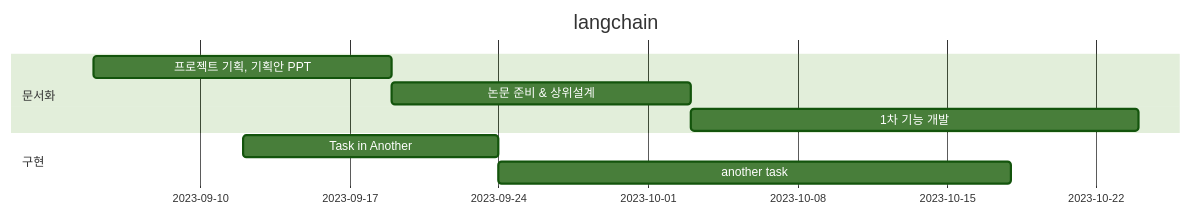
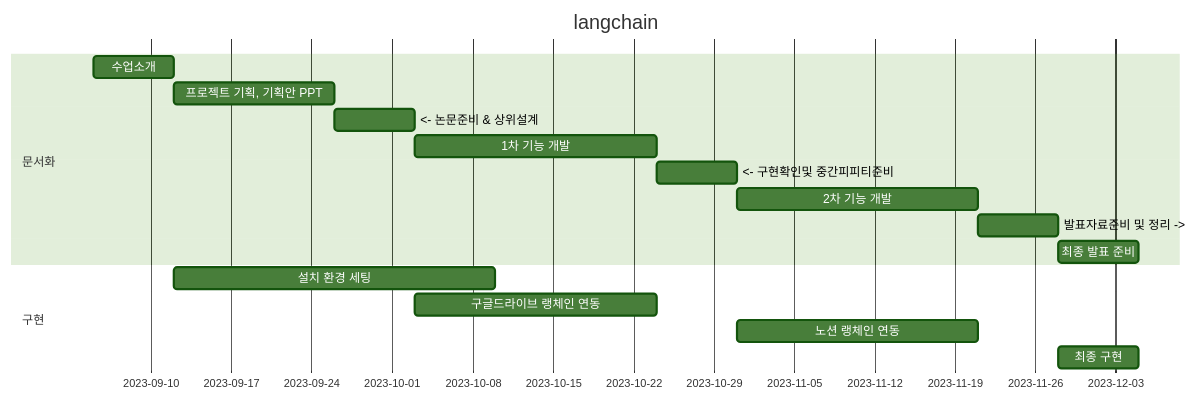
One commit to mmingu/langchain changed the diagram in README.md. Above: the diagram before and after it, drawn with Mermaid (forest theme).

````diff
--- a/README.md
+++ b/README.md
@@ -2,12 +2,20 @@
 ```mermaid
 gantt
     title langchain
     dateFormat YYYY-MM-DD
     section 문서화
-        프로젝트 기획, 기획안 PPT         :a1, 2023-09-05, 14d
-        논문 준비 & 상위설계    :after a1, 14d
-        1차 기능 개발    :2023-10-03, 21d
+        수업소개         :a1, 2023-09-05, 7d
+         프로젝트 기획, 기획안 PPT         :a2, 2023-09-12, 14d
+         <- 논문준비 & 상위설계    :a3, 2023-09-26, 7d
+        1차 기능 개발    :a4,2023-10-03, 21d
+      <- 구현확인및 중간피피티준비    :a5,2023-10-24, 7d
+         2차 기능 개발    :a6,2023-10-31, 21d
+         발표자료준비 및 정리 ->     :a7,2023-11-21, 7d
+         최종 발표 준비     :a8,2023-11-28, 7d
     section 구현
-        Task in Another :2023-09-12, 12d
-        another task    :24d
+        설치 환경 세팅 :2023-09-12, 28d
+        구글드라이브 랭체인 연동    :2023-10-03, 21d
+        노션 랭체인 연동     :2023-10-31, 21d
+         최종 구현    :2023-11-28, 7d
+
 ```
````
